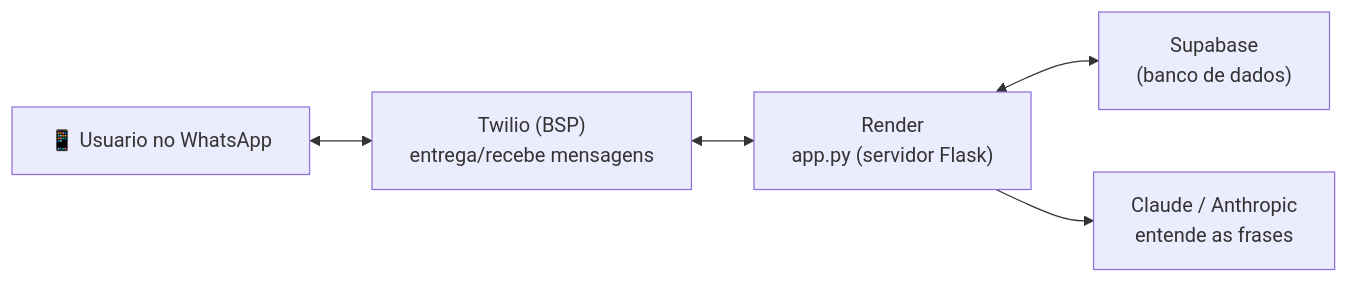
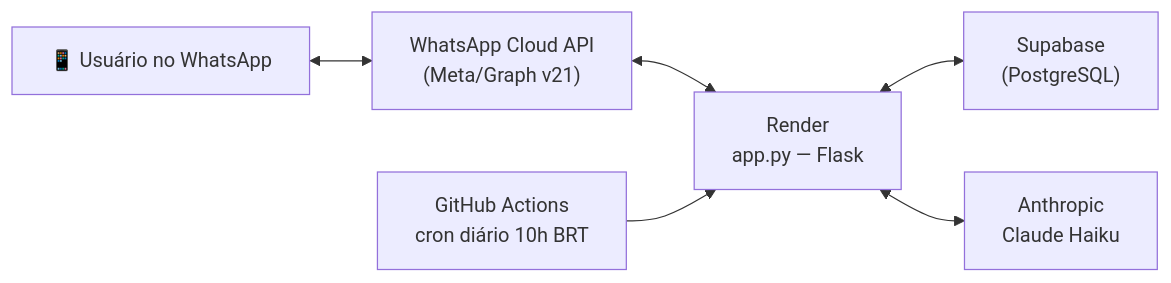
Before and after one commit to marcelogualtieri-spec/Marcelo: the first of 9 diagrams in docs/fluxograma.md, drawn with Mermaid. The commit also changed other lines of this file and 1 other file, not shown here.

````diff
--- a/docs/fluxograma.md
+++ b/docs/fluxograma.md
@@ -10,7 +9,8 @@
 ```mermaid
 flowchart LR
-    U["📱 Usuario no WhatsApp"] <--> T["Twilio (BSP)\nentrega/recebe mensagens"]
-    T <--> R["Render\napp.py (servidor Flask)"]
-    R <--> S["Supabase\n(banco de dados)"]
-    R --> C["Claude / Anthropic\nentende as frases"]
+    U["📱 Usuário no WhatsApp"] <--> M["WhatsApp Cloud API\n(Meta/Graph v21)"]
+    M <--> R["Render\napp.py — Flask"]
+    R <--> S["Supabase\n(PostgreSQL)"]
+    R <--> C["Anthropic\nClaude Haiku"]
+    G["GitHub Actions\ncron diário 10h BRT"] --> R
 ```
````
